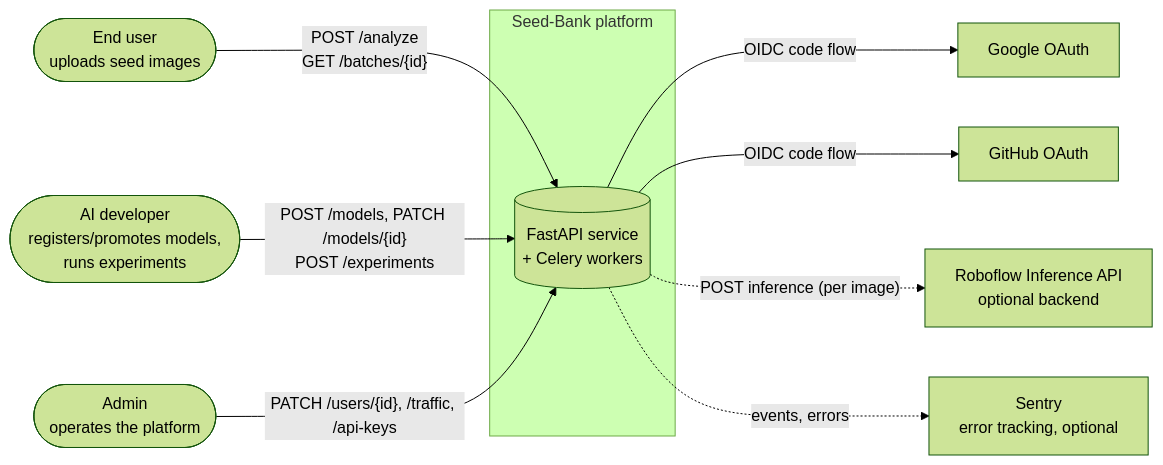
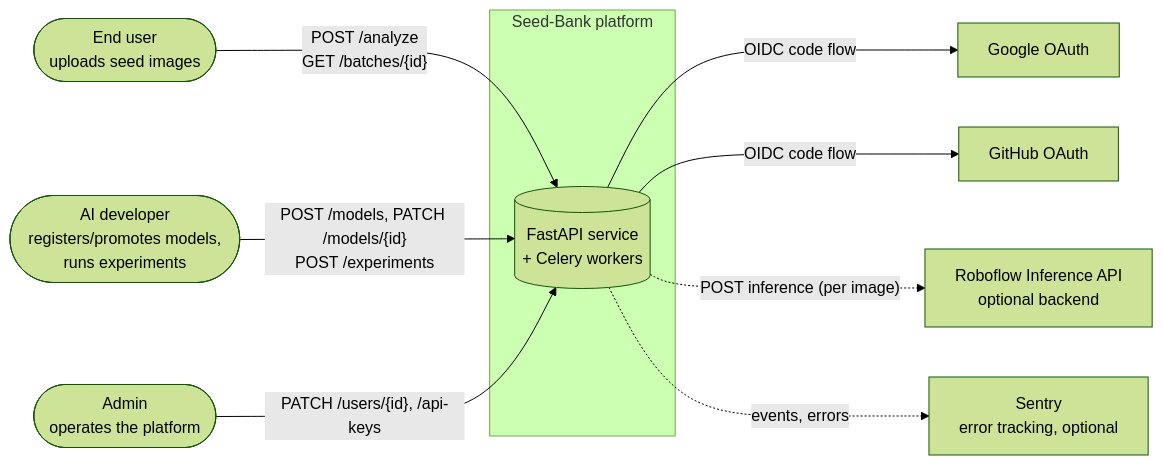
Before and after one commit to RealOrangeKun/seed-bank: the diagram in docs/diagrams/01-system-context.md, drawn with Mermaid (forest theme). The commit also changed 98 other files, not shown here.

````diff
--- a/docs/diagrams/01-system-context.md
+++ b/docs/diagrams/01-system-context.md
@@ -10,28 +10,28 @@
 ```mermaid
 flowchart LR
     %% Actors
     EU([End user<br/>uploads seed images])
     AID([AI developer<br/>registers/promotes models,<br/>runs experiments])
     AD([Admin<br/>operates the platform])
 
     %% System boundary
     subgraph SB["Seed-Bank platform"]
         API[(FastAPI service<br/>+ Celery workers)]
     end
 
     %% External systems
     GOO[Google OAuth]
     GH[GitHub OAuth]
     RB[Roboflow Inference API<br/>optional backend]
     SE[Sentry<br/>error tracking, optional]
 
     %% Edges
     EU -- "POST /analyze<br/>GET /batches/{id}" --> API
     AID -- "POST /models, PATCH /models/{id}<br/>POST /experiments" --> API
-    AD  -- "PATCH /users/{id}, /traffic, /api-keys" --> API
+    AD  -- "PATCH /users/{id}, /api-keys" --> API
 
     API -- "OIDC code flow" --> GOO
     API -- "OIDC code flow" --> GH
     API -. "POST inference (per image)" .-> RB
     API -. "events, errors" .-> SE
 ```
````
